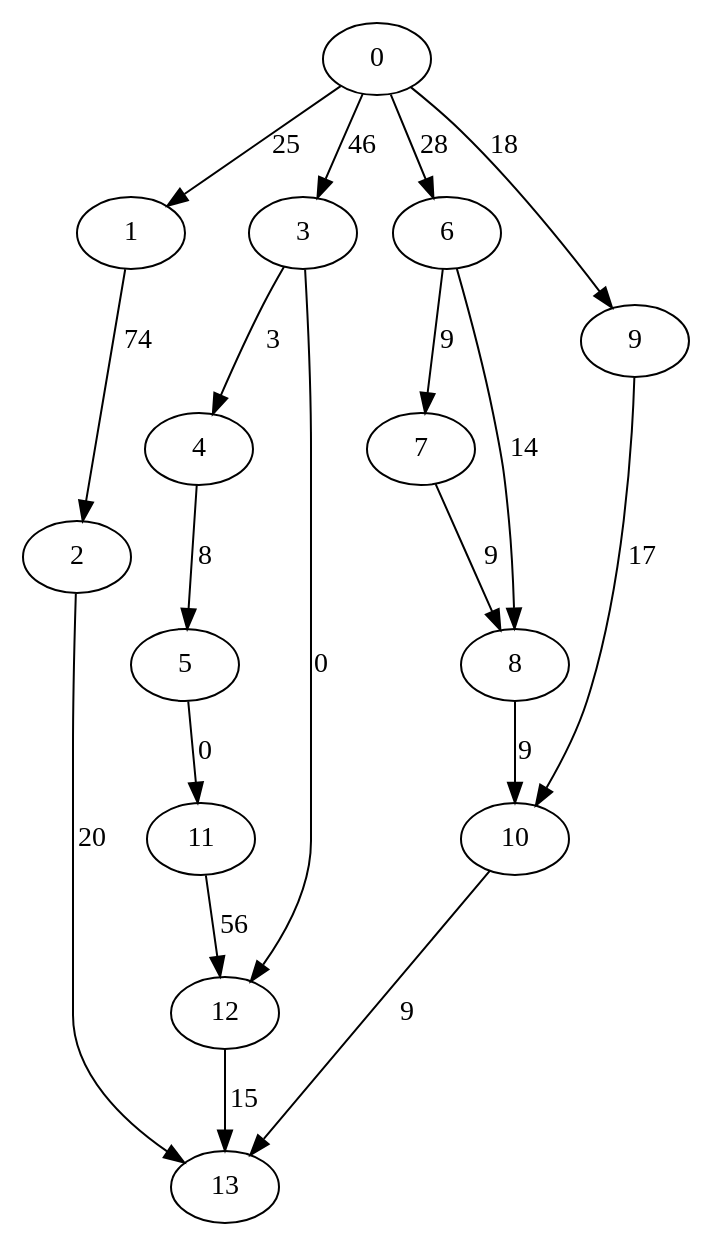
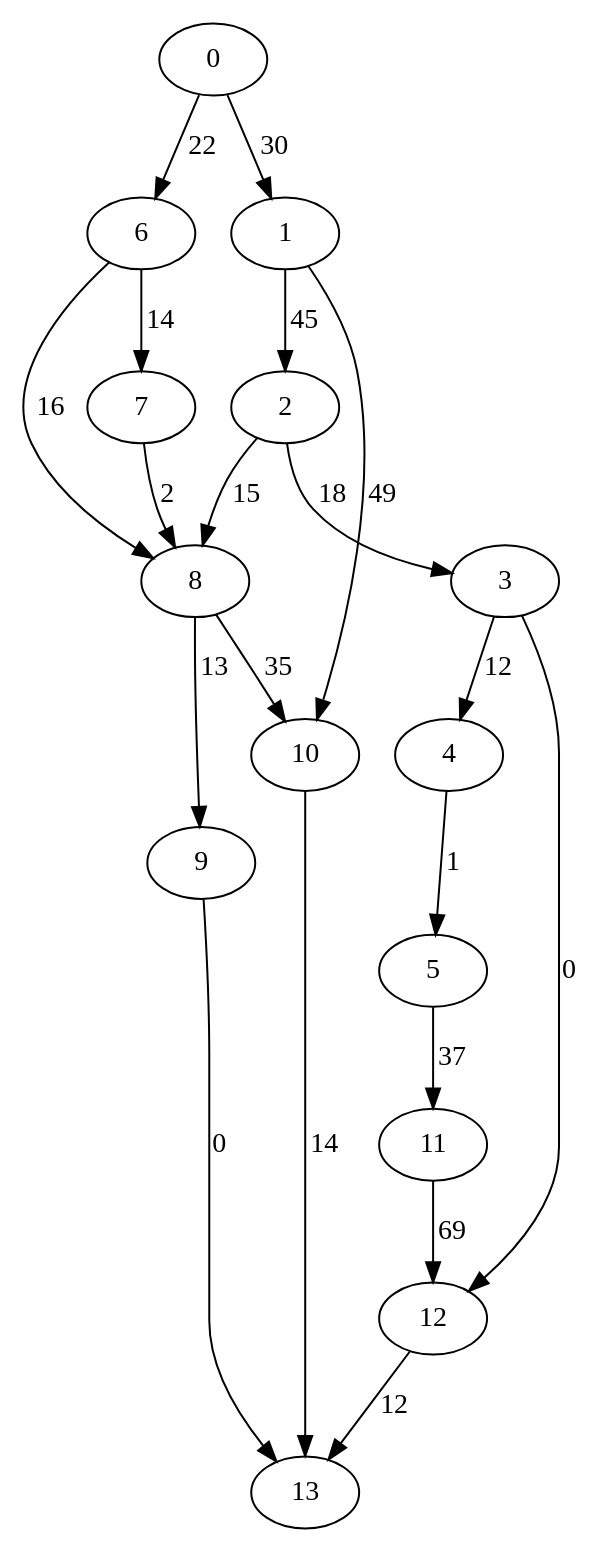
Before and after one commit to asaloniti/DagScheduling_old: the diagram in dotfiles/data2.dot, drawn with Graphviz. The commit also changed 26 other files, not shown here.

```diff
--- a/dotfiles/data2.dot
+++ b/dotfiles/data2.dot
@@ -1,20 +1,21 @@
 digraph data2 {
-0 -> 1 [ label = 25 ];
-0 -> 3 [ label = 46 ];
-0 -> 6 [ label = 28 ];
-0 -> 9 [ label = 18 ];
-1 -> 2 [ label = 74 ];
-2 -> 13 [ label = 20 ];
-3 -> 4 [ label = 3 ];
+0 -> 1 [ label = 30 ];
+0 -> 6 [ label = 22 ];
+1 -> 2 [ label = 45 ];
+1 -> 10 [ label = 49 ];
+2 -> 3 [ label = 18 ];
+2 -> 8 [ label = 15 ];
+3 -> 4 [ label = 12 ];
 3 -> 12 [ label = 0 ];
-4 -> 5 [ label = 8 ];
-5 -> 11 [ label = 0 ];
-6 -> 7 [ label = 9 ];
-6 -> 8 [ label = 14 ];
-7 -> 8 [ label = 9 ];
-8 -> 10 [ label = 9 ];
-9 -> 10 [ label = 17 ];
-10 -> 13 [ label = 9 ];
-11 -> 12 [ label = 56 ];
-12 -> 13 [ label = 15 ];
+4 -> 5 [ label = 1 ];
+5 -> 11 [ label = 37 ];
+6 -> 7 [ label = 14 ];
+6 -> 8 [ label = 16 ];
+7 -> 8 [ label = 2 ];
+8 -> 9 [ label = 13 ];
+8 -> 10 [ label = 35 ];
+9 -> 13 [ label = 0 ];
+10 -> 13 [ label = 14 ];
+11 -> 12 [ label = 69 ];
+12 -> 13 [ label = 12 ];
  }
```
